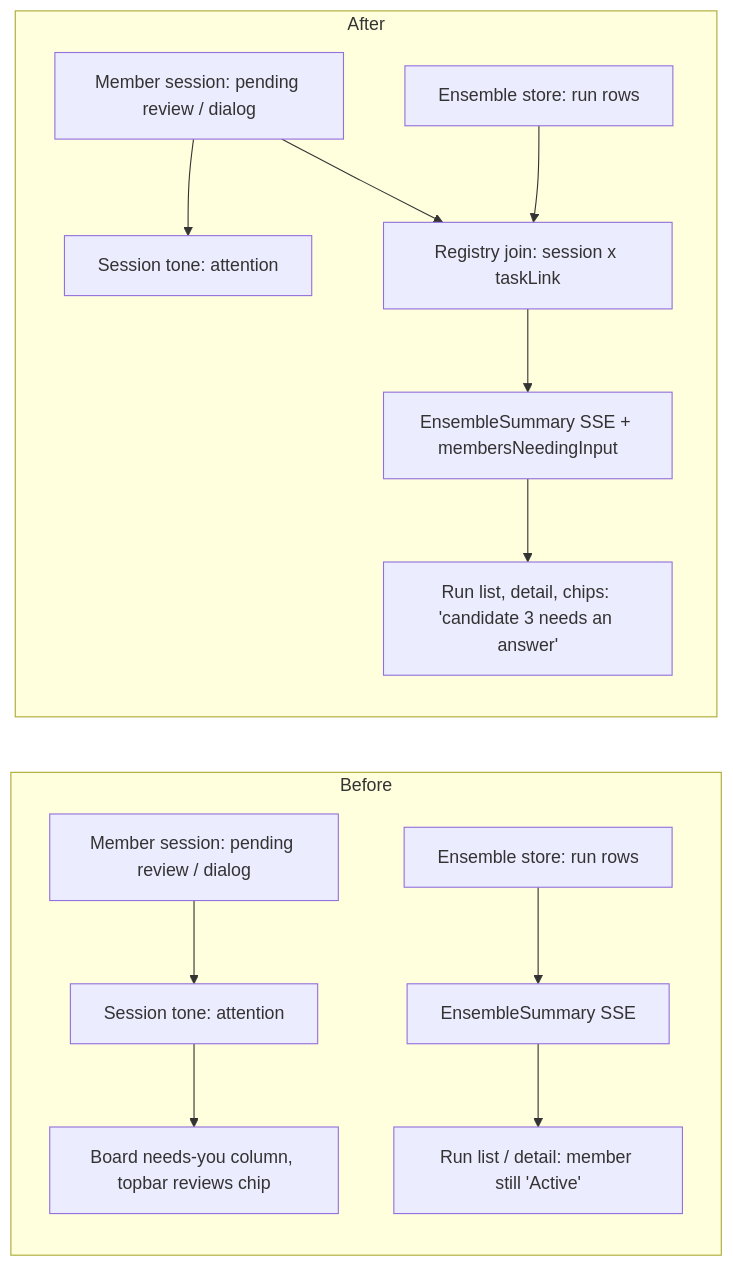
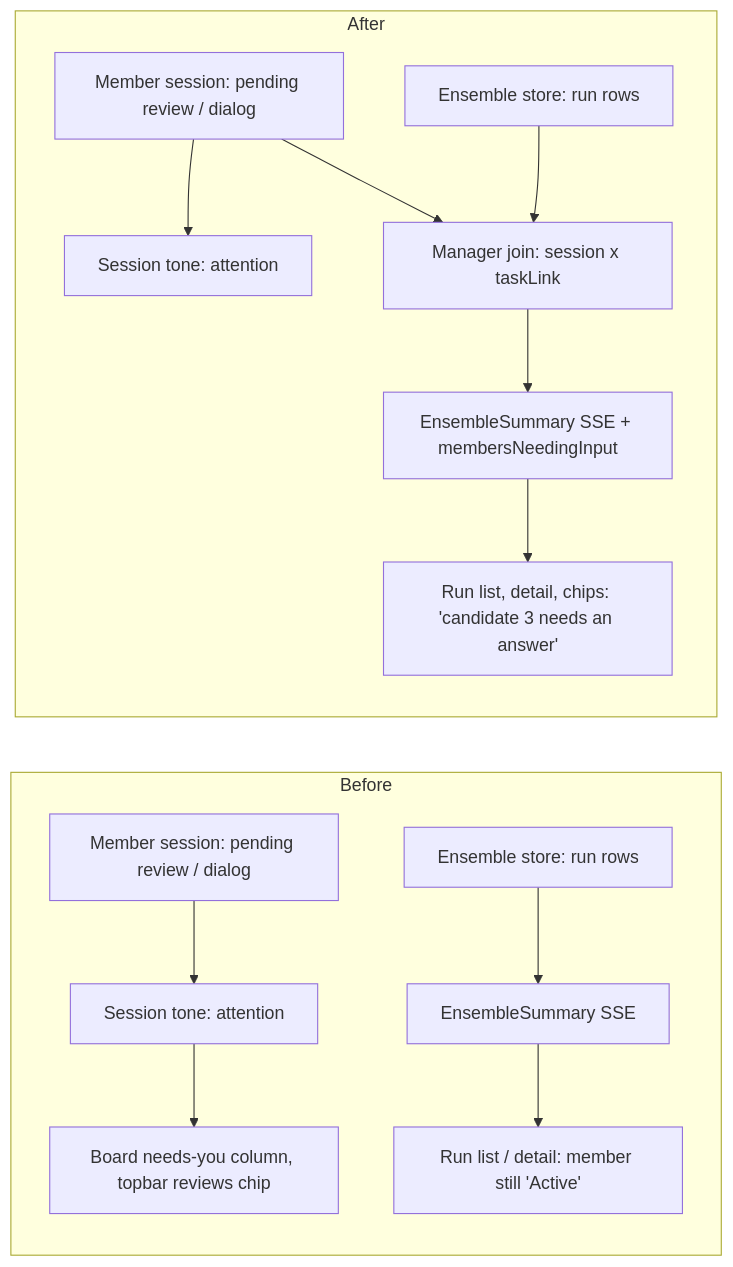
Before and after one commit to teamupstart/mission-control: the diagram in docs/plans/ensemble-ux-gaps/plan.md, drawn with Mermaid. The commit also changed other lines of this file and 1 other file, not shown here.

````diff
--- a/docs/plans/ensemble-ux-gaps/plan.md
+++ b/docs/plans/ensemble-ux-gaps/plan.md
@@ -115,16 +115,16 @@
 ```mermaid
 flowchart LR
   subgraph before [Before]
     A1[Member session: pending review / dialog] --> B1[Session tone: attention]
     B1 --> C1[Board needs-you column, topbar reviews chip]
     D1[Ensemble store: run rows] --> E1[EnsembleSummary SSE]
     E1 --> F1[Run list / detail: member still 'Active']
   end
   subgraph after [After]
     A2[Member session: pending review / dialog] --> B2[Session tone: attention]
-    A2 --> G2[Registry join: session x taskLink]
+    A2 --> G2[Manager join: session x taskLink]
     D2[Ensemble store: run rows] --> G2
     G2 --> E2[EnsembleSummary SSE + membersNeedingInput]
     E2 --> F2[Run list, detail, chips: 'candidate 3 needs an answer']
   end
 ```
````
